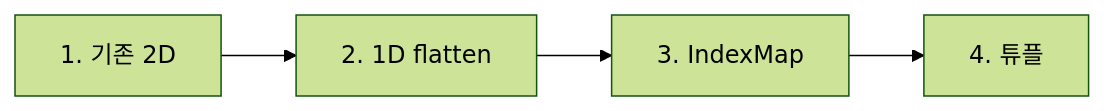
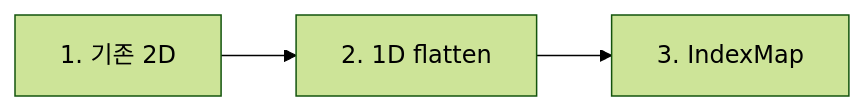
The diagram in README.md (codyssey-onella/pre-3rd-mac-simulator), drawn with Mermaid (forest theme) before and after one commit. The commit also changed other lines of this file and 2 other files, not shown here.

````diff
--- a/README.md
+++ b/README.md
@@ -130,6 +130,5 @@
 ```mermaid
 flowchart LR
   A["1. 기존 2D"] --> B["2. 1D flatten"]
   B --> C["3. IndexMap"]
-  C --> D["4. 튜플"]
 ```
````
